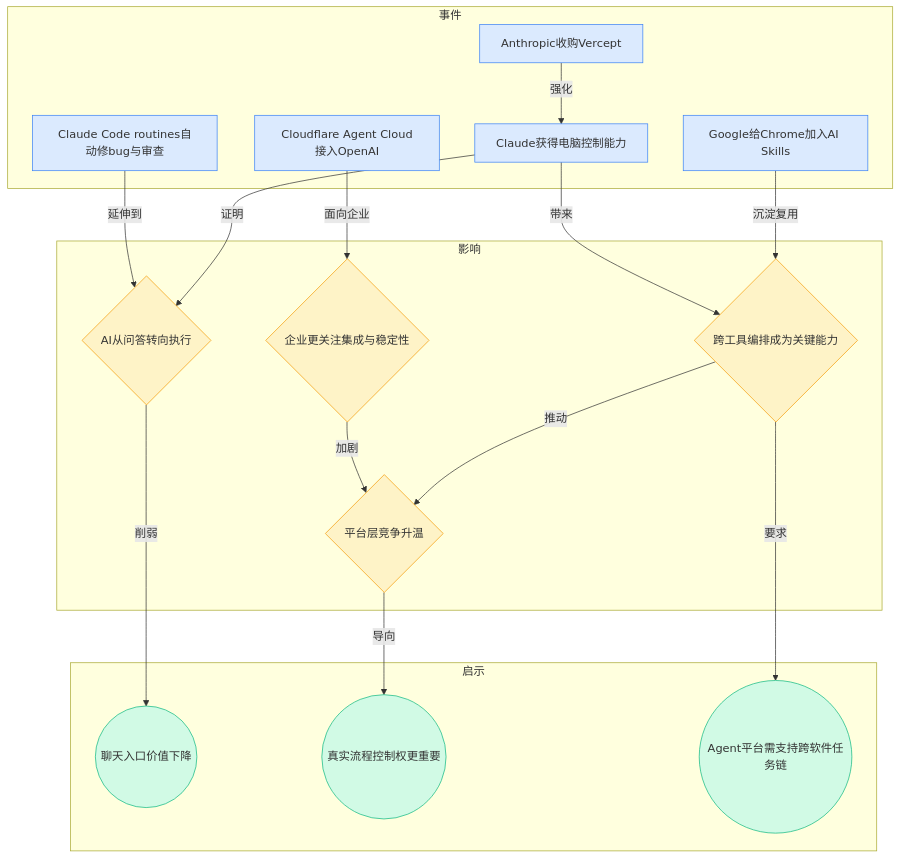
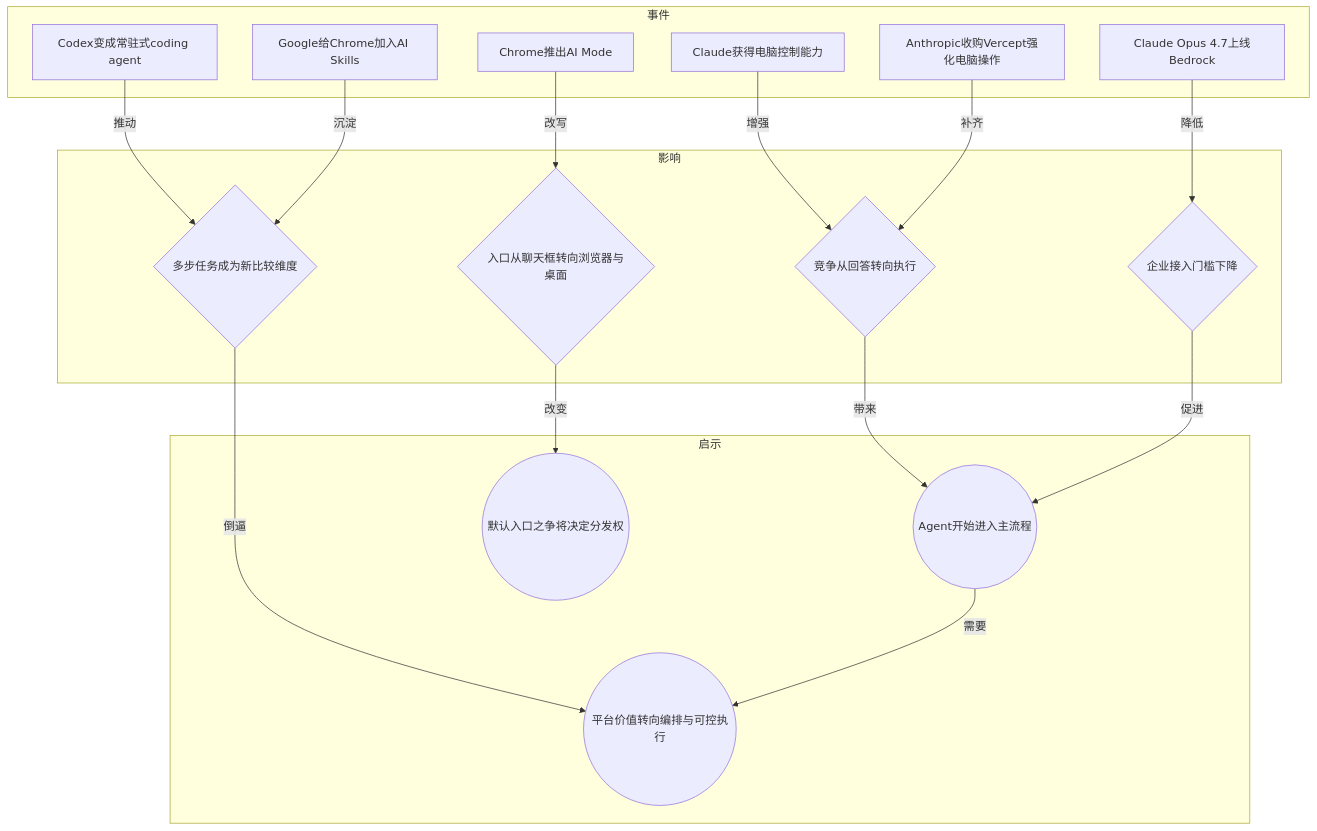
The second of 8 diagrams in content/cn/blog/weekly/2026-W16.md (ylzsdafei/ai-daily-site), drawn with Mermaid before and after one commit. The commit also changed other lines of this file and 4 other files, not shown here.

````diff
--- a/content/cn/blog/weekly/2026-W16.md
+++ b/content/cn/blog/weekly/2026-W16.md
@@ -36,38 +34,33 @@
 ```mermaid
 graph TD
 subgraph 事件
-A[Anthropic收购Vercept]
-B[Claude获得电脑控制能力]
-C[Claude Code routines自动修bug与审查]
-D[Google给Chrome加入AI Skills]
-E[Cloudflare Agent Cloud接入OpenAI]
+A[Claude获得电脑控制能力]
+B[Anthropic收购Vercept强化电脑操作]
+C[Codex变成常驻式coding agent]
+D[Chrome推出AI Mode]
+E[Google给Chrome加入AI Skills]
+F[Claude Opus 4.7上线Bedrock]
 end
 subgraph 影响
-F{AI从问答转向执行}
-G{跨工具编排成为关键能力}
-H{企业更关注集成与稳定性}
-I{平台层竞争升温}
+G{竞争从回答转向执行}
+H{入口从聊天框转向浏览器与桌面}
+I{企业接入门槛下降}
+J{多步任务成为新比较维度}
 end
 subgraph 启示
-J((聊天入口价值下降))
-K((真实流程控制权更重要))
-L((Agent平台需支持跨软件任务链))
+K((Agent开始进入主流程))
+L((平台价值转向编排与可控执行))
+M((默认入口之争将决定分发权))
 end
-A -->|强化| B
-B -->|证明| F
-C -->|延伸到| F
-D -->|沉淀复用| G
-B -->|带来| G
-E -->|面向企业| H
-G -->|推动| I
-H -->|加剧| I
-F -->|削弱| J
-I -->|导向| K
-G -->|要求| L
-classDef blue fill:#dbeafe,stroke:#3b82f6
-classDef yellow fill:#fef3c7,stroke:#f59e0b
-classDef green fill:#d1fae5,stroke:#10b981
-class A,B,C,D,E blue
-class F,G,H,I yellow
-class J,K,L green
+A -->|增强| G
+B -->|补齐| G
+C -->|推动| J
+D -->|改写| H
+E -->|沉淀| J
+F -->|降低| I
+G -->|带来| K
+H -->|改变| M
+I -->|促进| K
+J -->|倒逼| L
+K -->|需要| L
 ```
````
